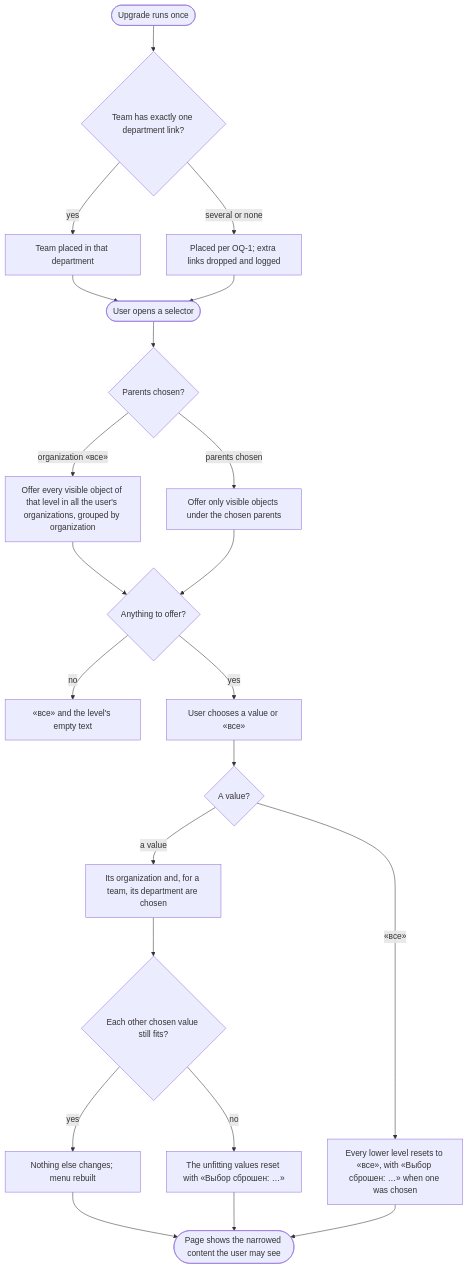
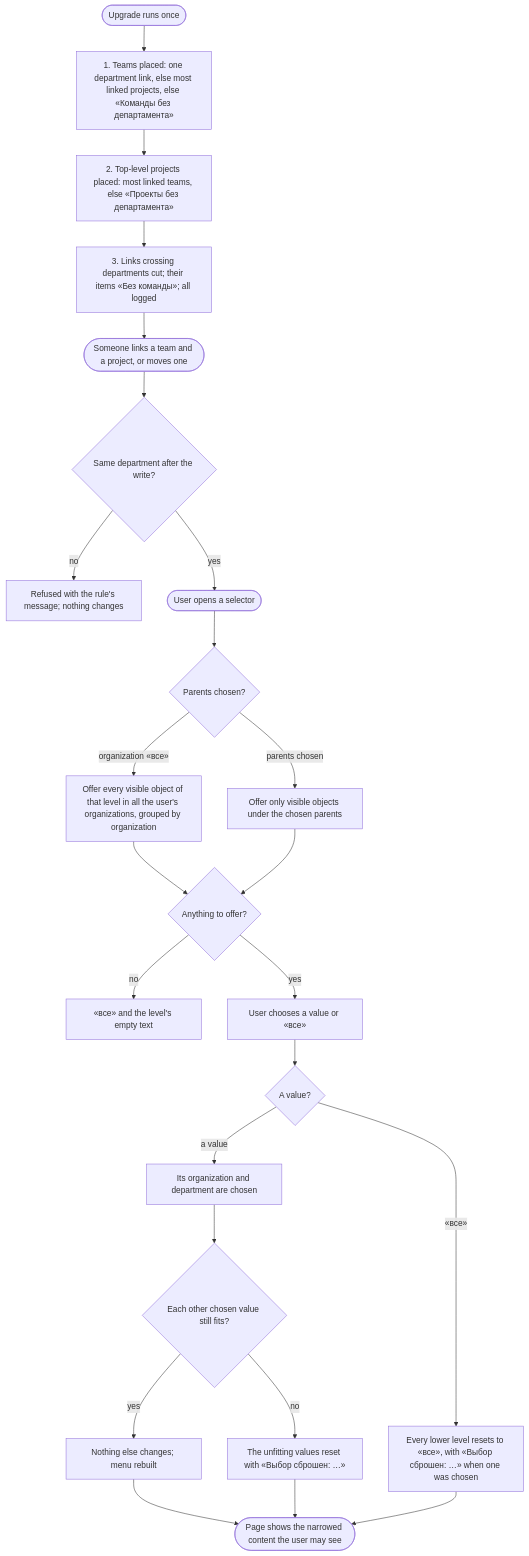
The diagram in docs/features/doc-016-teams-under-departments/spec.md (totKtoXam/mustask), drawn with Mermaid before and after one commit. The commit also changed other lines of this file and 9 other files, not shown here.

Commit message:
doc(org): apply gate-1 answers, every project in a department (doc-016)

````diff
--- a/docs/features/doc-016-teams-under-departments/spec.md
+++ b/docs/features/doc-016-teams-under-departments/spec.md
@@ -33,24 +33,26 @@
 ```mermaid
 flowchart TD
-    U([Upgrade runs once]) --> U1{Team has exactly one department link?}
-    U1 -->|yes| U2[Team placed in that department]
-    U1 -->|several or none| U3[Placed per OQ-1; extra links dropped and logged]
-    U2 --> S
-    U3 --> S
+    U([Upgrade runs once]) --> U1[1. Teams placed: one department link, else most linked projects, else «Команды без департамента»]
+    U1 --> U2[2. Top-level projects placed: most linked teams, else «Проекты без департамента»]
+    U2 --> U3[3. Links crossing departments cut; their items «Без команды»; all logged]
+    U3 --> L
+    L([Someone links a team and a project, or moves one]) --> L1{Same department after the write?}
+    L1 -->|no| L2[Refused with the rule's message; nothing changes]
+    L1 -->|yes| S
     S([User opens a selector]) --> S1{Parents chosen?}
     S1 -->|organization «все»| S2[Offer every visible object of that level in all the user's organizations, grouped by organization]
     S1 -->|parents chosen| S3[Offer only visible objects under the chosen parents]
     S2 --> S4{Anything to offer?}
     S3 --> S4
     S4 -->|no| S5[«все» and the level's empty text]
     S4 -->|yes| C[User chooses a value or «все»]
     C --> C1{A value?}
     C1 -->|«все»| C2[Every lower level resets to «все», with «Выбор сброшен: …» when one was chosen]
-    C1 -->|a value| C3[Its organization and, for a team, its department are chosen]
+    C1 -->|a value| C3[Its organization and department are chosen]
     C3 --> C4{Each other chosen value still fits?}
     C4 -->|yes| C5[Nothing else changes; menu rebuilt]
     C4 -->|no| C6[The unfitting values reset with «Выбор сброшен: …»]
     C5 --> E([Page shows the narrowed content the user may see])
     C6 --> E
     C2 --> E
 ```
````
